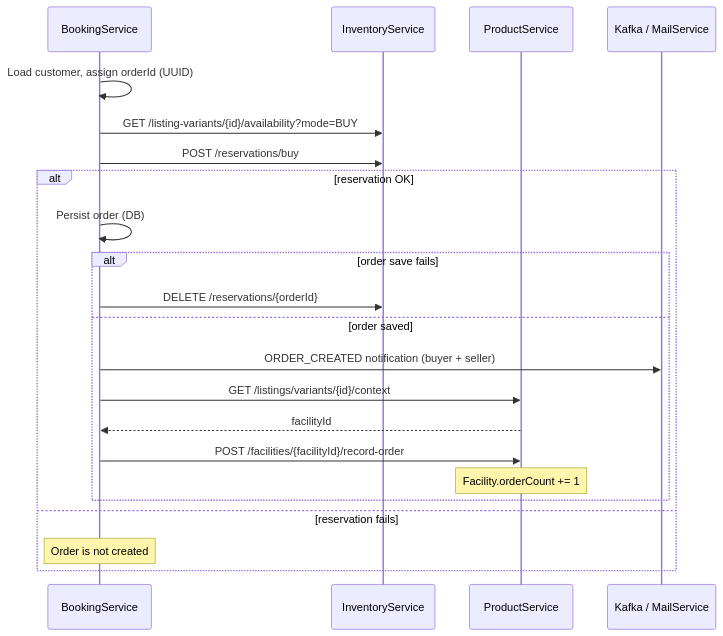
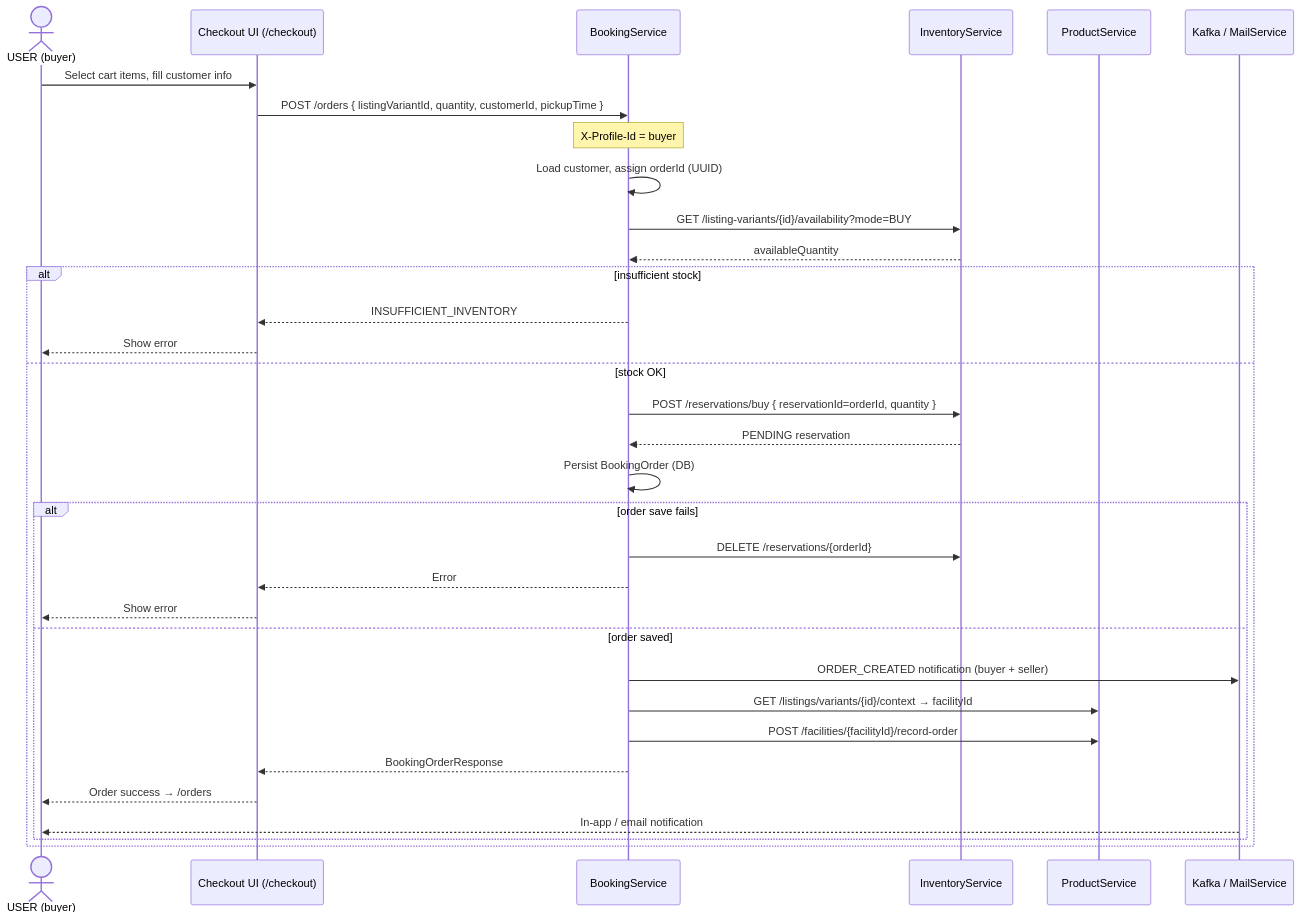
The third of 6 diagrams in bookingservice/README.md (Naodab/Second_Life), drawn with Mermaid before and after one commit. The commit also changed other lines of this file and 5 other files, not shown here.

Commit message:
add diagrams

````diff
--- a/bookingservice/README.md
+++ b/bookingservice/README.md
@@ -151,24 +172,36 @@
 ```mermaid
 sequenceDiagram
+  actor User as USER (buyer)
+  participant UI as Checkout UI (/checkout)
   participant B as BookingService
   participant I as InventoryService
   participant P as ProductService
   participant K as Kafka / MailService
+
+  User->>UI: Select cart items, fill customer info
+  UI->>B: POST /orders { listingVariantId, quantity, customerId, pickupTime }
+  Note over B: X-Profile-Id = buyer
   B->>B: Load customer, assign orderId (UUID)
   B->>I: GET /listing-variants/{id}/availability?mode=BUY
-  B->>I: POST /reservations/buy
-  alt reservation OK
-    B->>B: Persist order (DB)
+  I-->>B: availableQuantity
+  alt insufficient stock
+    B-->>UI: INSUFFICIENT_INVENTORY
+    UI-->>User: Show error
+  else stock OK
+    B->>I: POST /reservations/buy { reservationId=orderId, quantity }
+    I-->>B: PENDING reservation
+    B->>B: Persist BookingOrder (DB)
     alt order save fails
       B->>I: DELETE /reservations/{orderId}
+      B-->>UI: Error
+      UI-->>User: Show error
     else order saved
       B->>K: ORDER_CREATED notification (buyer + seller)
-      B->>P: GET /listings/variants/{id}/context
-      P-->>B: facilityId
+      B->>P: GET /listings/variants/{id}/context → facilityId
       B->>P: POST /facilities/{facilityId}/record-order
-      Note over P: Facility.orderCount += 1
+      B-->>UI: BookingOrderResponse
+      UI-->>User: Order success → /orders
+      K-->>User: In-app / email notification
     end
-  else reservation fails
-    Note over B: Order is not created
   end
 ```
````
